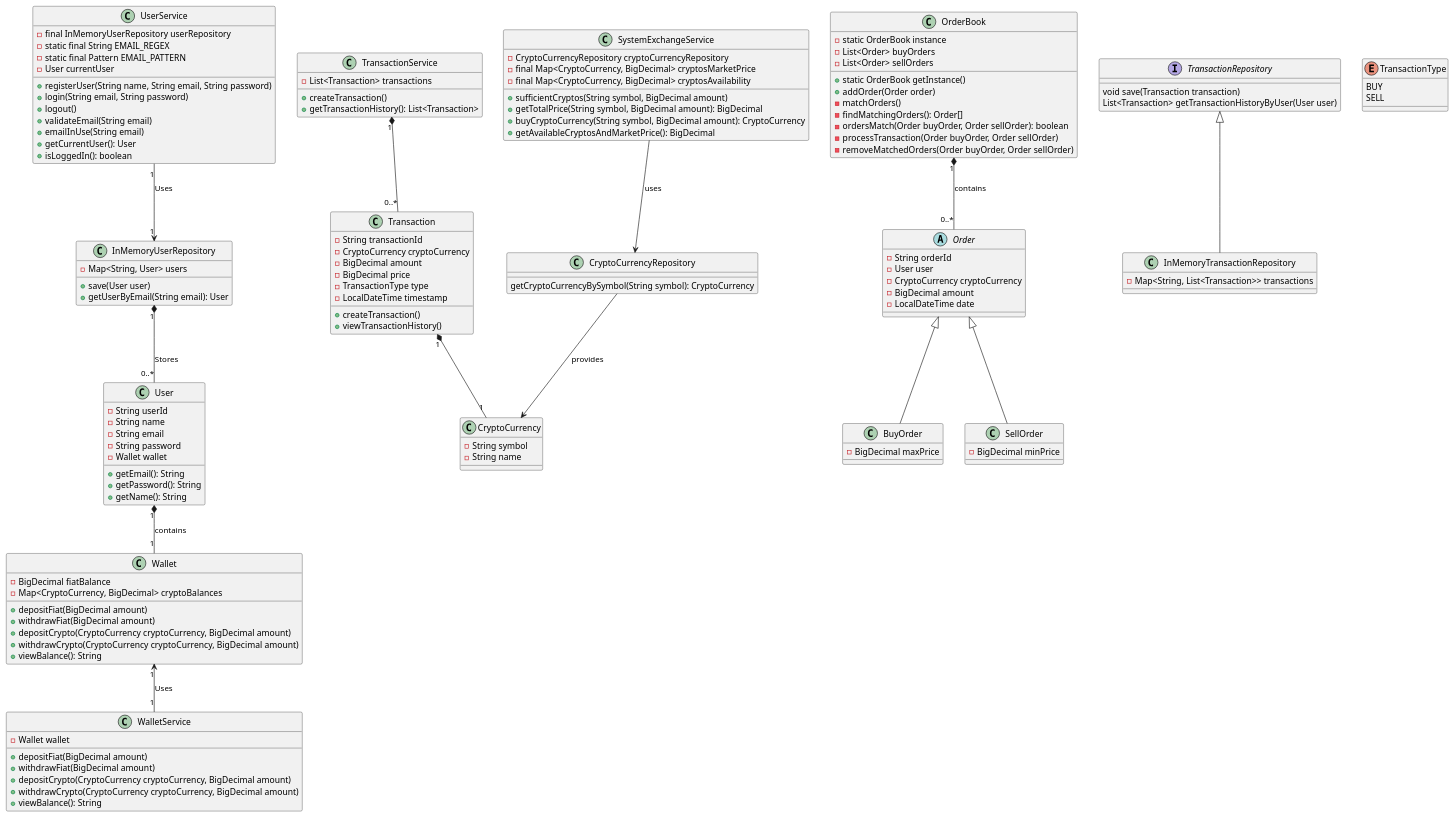
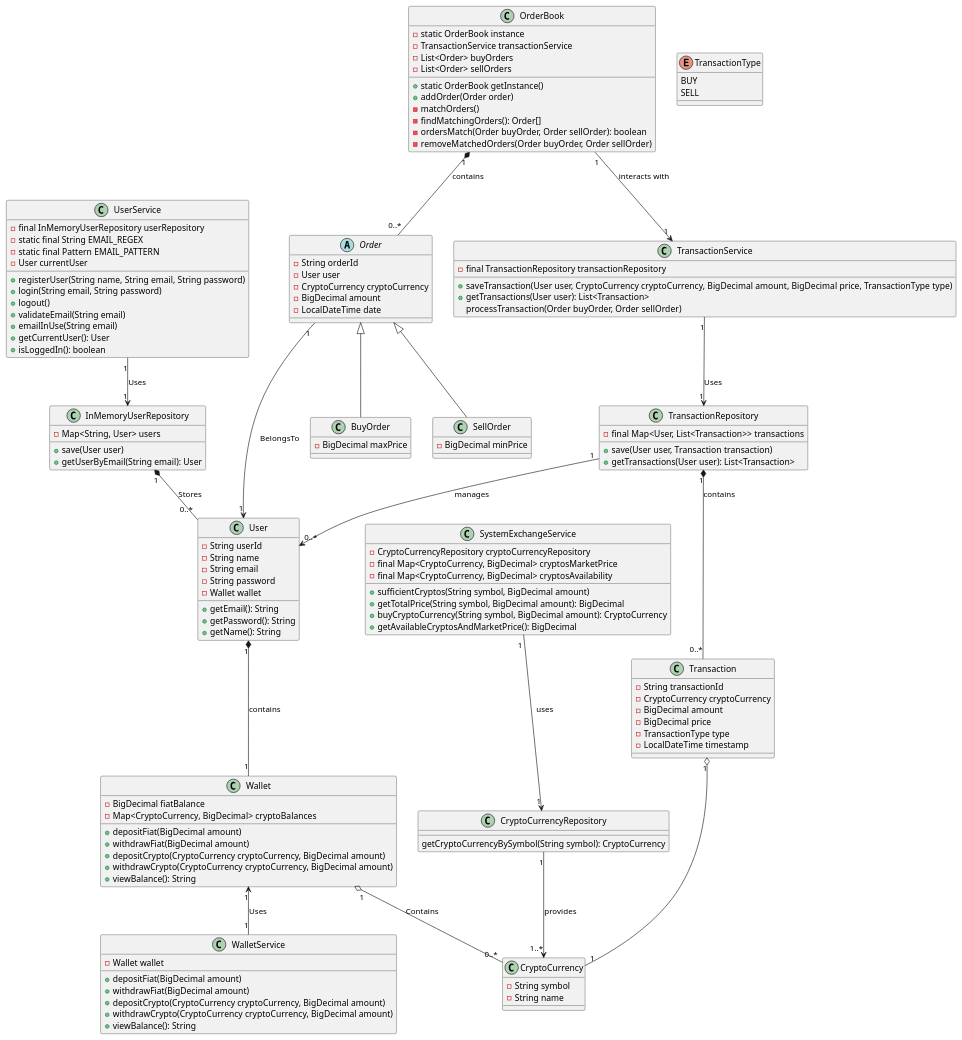
One commit to LeynderS/crypto_exchange_system changed the diagram in diagram/class_diagram.puml. Above: the diagram before and after it, drawn with PlantUML. The commit also changed 9 other files, not shown here.

First line of the commit message:
Implement feature to view transaction history

```diff
--- a/diagram/class_diagram.puml
+++ b/diagram/class_diagram.puml
@@ -1,150 +1,146 @@
 @startuml
 
 class UserService{
 -final InMemoryUserRepository userRepository
 -static final String EMAIL_REGEX
 -static final Pattern EMAIL_PATTERN
 -User currentUser
 +registerUser(String name, String email, String password)
 +login(String email, String password)
 +logout()
 +validateEmail(String email)
 +emailInUse(String email)
 +getCurrentUser(): User
 +isLoggedIn(): boolean
 }
 
 class InMemoryUserRepository {
   -Map<String, User> users
   +save(User user)
   +getUserByEmail(String email): User
 }
 
 class User {
 -String userId
 -String name
 -String email
 -String password
 -Wallet wallet
 +getEmail(): String
 +getPassword(): String
 +getName(): String
 }
 
 class WalletService{
 -Wallet wallet
 +depositFiat(BigDecimal amount)
 +withdrawFiat(BigDecimal amount)
 +depositCrypto(CryptoCurrency cryptoCurrency, BigDecimal amount)
 +withdrawCrypto(CryptoCurrency cryptoCurrency, BigDecimal amount)
 +viewBalance(): String
 }
 
 class Wallet {
 -BigDecimal fiatBalance
 -Map<CryptoCurrency, BigDecimal> cryptoBalances
 +depositFiat(BigDecimal amount)
 +withdrawFiat(BigDecimal amount)
 +depositCrypto(CryptoCurrency cryptoCurrency, BigDecimal amount)
 +withdrawCrypto(CryptoCurrency cryptoCurrency, BigDecimal amount)
 +viewBalance(): String
 }
 
 class CryptoCurrencyRepository{
 getCryptoCurrencyBySymbol(String symbol): CryptoCurrency
 }
 
 class SystemExchangeService{
 -CryptoCurrencyRepository cryptoCurrencyRepository
 -final Map<CryptoCurrency, BigDecimal> cryptosMarketPrice
 -final Map<CryptoCurrency, BigDecimal> cryptosAvailability
 +sufficientCryptos(String symbol, BigDecimal amount)
 +getTotalPrice(String symbol, BigDecimal amount): BigDecimal
 +buyCryptoCurrency(String symbol, BigDecimal amount): CryptoCurrency
 +getAvailableCryptosAndMarketPrice(): BigDecimal
 }
 
 abstract class Order {
 -String orderId
 -User user
 -CryptoCurrency cryptoCurrency
 -BigDecimal amount
 -LocalDateTime date
 }
 
 class BuyOrder {
 -BigDecimal maxPrice
 }
 
 class SellOrder{
 -BigDecimal minPrice
 }
 
 class OrderBook{
 -static OrderBook instance
+-TransactionService transactionService
 -List<Order> buyOrders
 -List<Order> sellOrders
 +static OrderBook getInstance()
 +addOrder(Order order)
 -matchOrders()
 -findMatchingOrders(): Order[]
 -ordersMatch(Order buyOrder, Order sellOrder): boolean
--processTransaction(Order buyOrder, Order sellOrder)
 -removeMatchedOrders(Order buyOrder, Order sellOrder)
 }
 
-
-interface TransactionRepository {
-void save(Transaction transaction)
-List<Transaction> getTransactionHistoryByUser(User user)
-}
-
-class InMemoryTransactionRepository {
-  -Map<String, List<Transaction>> transactions
+class TransactionRepository {
+-final Map<User, List<Transaction>> transactions
++save(User user, Transaction transaction)
++getTransactions(User user): List<Transaction>
 }
 
 class Transaction {
 -String transactionId
 -CryptoCurrency cryptoCurrency
 -BigDecimal amount
 -BigDecimal price
 -TransactionType type
 -LocalDateTime timestamp
-+createTransaction()
-+viewTransactionHistory()
 }
 
 class TransactionService {
-  -List<Transaction> transactions
-  +createTransaction()
-  +getTransactionHistory(): List<Transaction>
+-final TransactionRepository transactionRepository
++saveTransaction(User user, CryptoCurrency cryptoCurrency, BigDecimal amount, BigDecimal price, TransactionType type)
++getTransactions(User user): List<Transaction>
+processTransaction(Order buyOrder, Order sellOrder)
 }
 
 
 class CryptoCurrency {
 -String symbol
 -String name
 }
 
 enum TransactionType {
 BUY
 SELL
 }
 
 UserService "1" --> "1" InMemoryUserRepository : Uses
 InMemoryUserRepository "1" *-- "0..*" User : Stores
 User "1" *-- "1" Wallet : contains
 Wallet "1" <-- "1" WalletService : Uses
-CryptoCurrencyRepository --> CryptoCurrency : provides
-SystemExchangeService --> CryptoCurrencyRepository : uses
+Wallet "1" o-- "0..*" CryptoCurrency : Contains
+CryptoCurrencyRepository "1" --> "1..*" CryptoCurrency : provides
+SystemExchangeService "1 "--> "1" CryptoCurrencyRepository : uses
 Order <|-- BuyOrder
 Order <|-- SellOrder
 OrderBook "1" *-- "0..*" Order : contains
-
-TransactionRepository <|-- InMemoryTransactionRepository
-
-TransactionService "1" *-- "0..*" Transaction
-Transaction "1" *-- "1" CryptoCurrency
-
+OrderBook "1" --> "1" TransactionService : interacts with
+TransactionRepository "1" *-- "0..*" Transaction: contains
+TransactionService "1" --> "1" TransactionRepository : Uses
+Transaction "1" o-- "1" CryptoCurrency
+Order "1" --> "1" User : BelongsTo
+TransactionRepository "1" --> "0..*" User : manages
 
 @enduml
```
